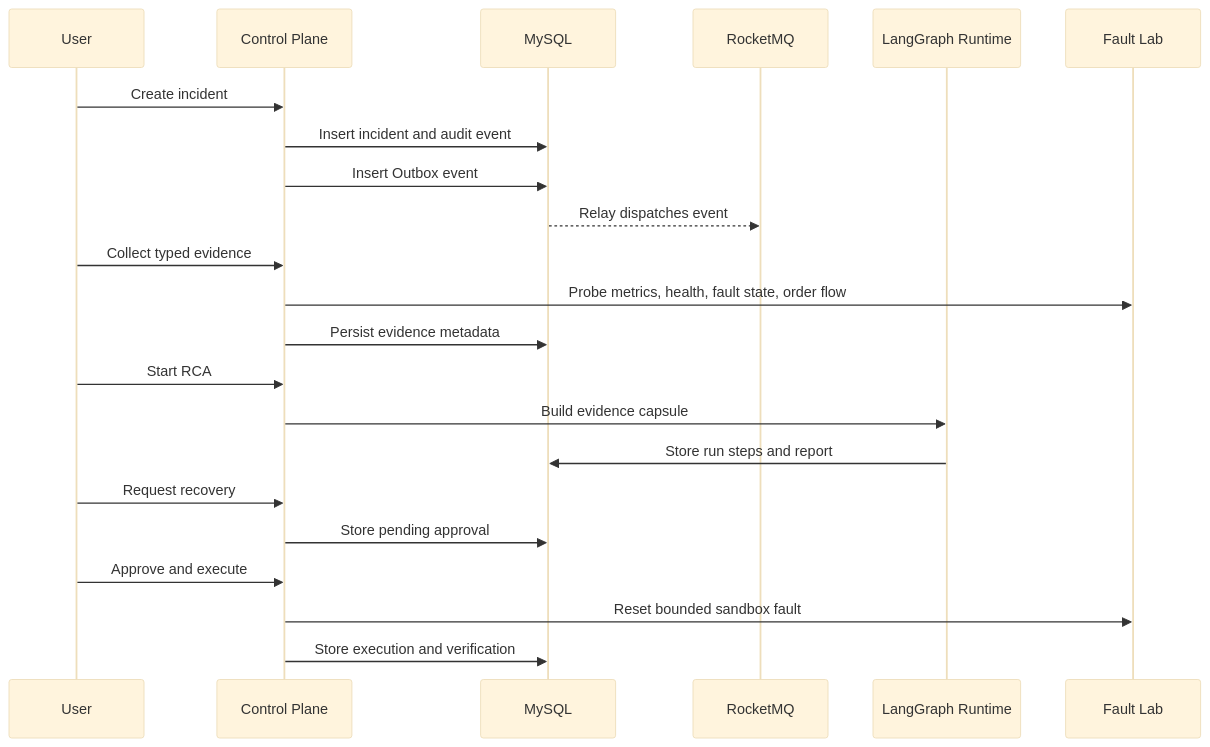
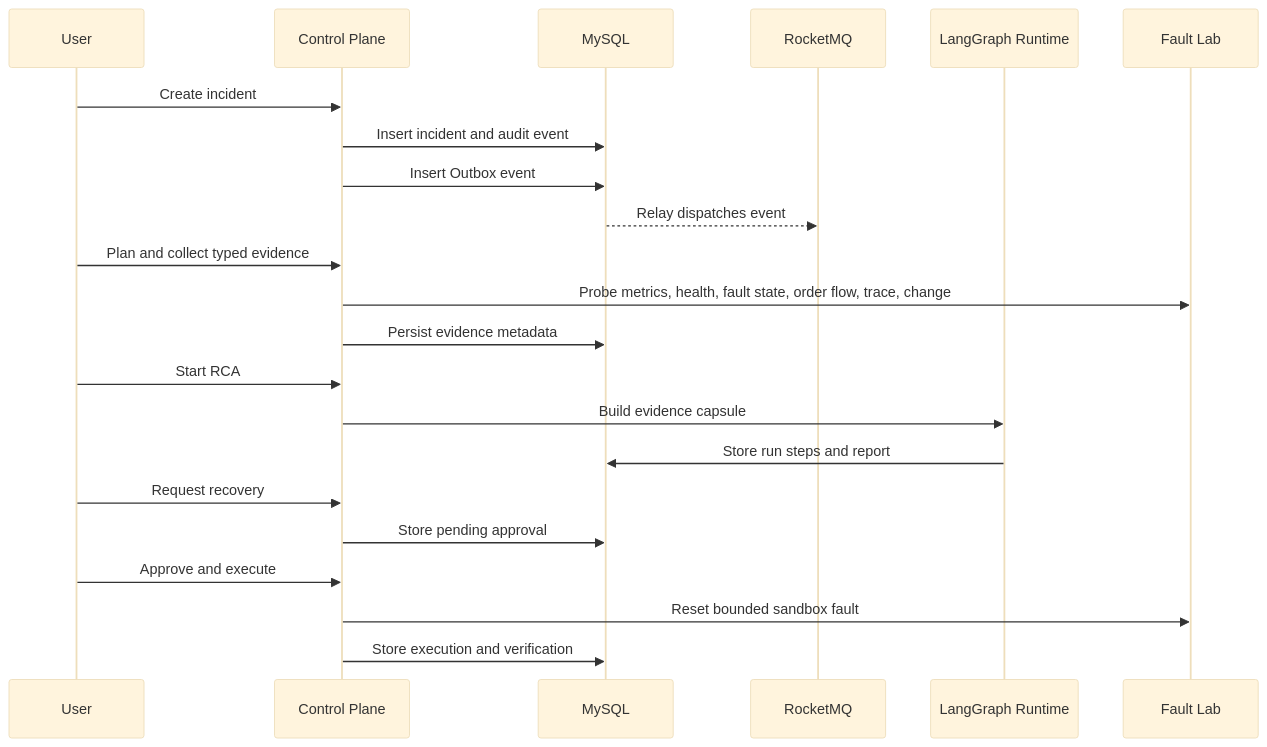
One commit to lovecandies/AxiomOps changed the second of 2 diagrams in docs/architecture.md. Above: the diagram before and after it, drawn with Mermaid (base theme). The commit also changed other lines of this file and 16 other files, not shown here.

Commit message:
Add controlled tool selection and trace change evidence

````diff
--- a/docs/architecture.md
+++ b/docs/architecture.md
@@ -46,25 +46,25 @@
 ```mermaid
 sequenceDiagram
     participant User
     participant API as Control Plane
     participant DB as MySQL
     participant MQ as RocketMQ
     participant Agent as LangGraph Runtime
     participant Lab as Fault Lab
 
     User->>API: Create incident
     API->>DB: Insert incident and audit event
     API->>DB: Insert Outbox event
     DB-->>MQ: Relay dispatches event
-    User->>API: Collect typed evidence
-    API->>Lab: Probe metrics, health, fault state, order flow
+    User->>API: Plan and collect typed evidence
+    API->>Lab: Probe metrics, health, fault state, order flow, trace, change
     API->>DB: Persist evidence metadata
     User->>API: Start RCA
     API->>Agent: Build evidence capsule
     Agent->>DB: Store run steps and report
     User->>API: Request recovery
     API->>DB: Store pending approval
     User->>API: Approve and execute
     API->>Lab: Reset bounded sandbox fault
     API->>DB: Store execution and verification
 ```
````
